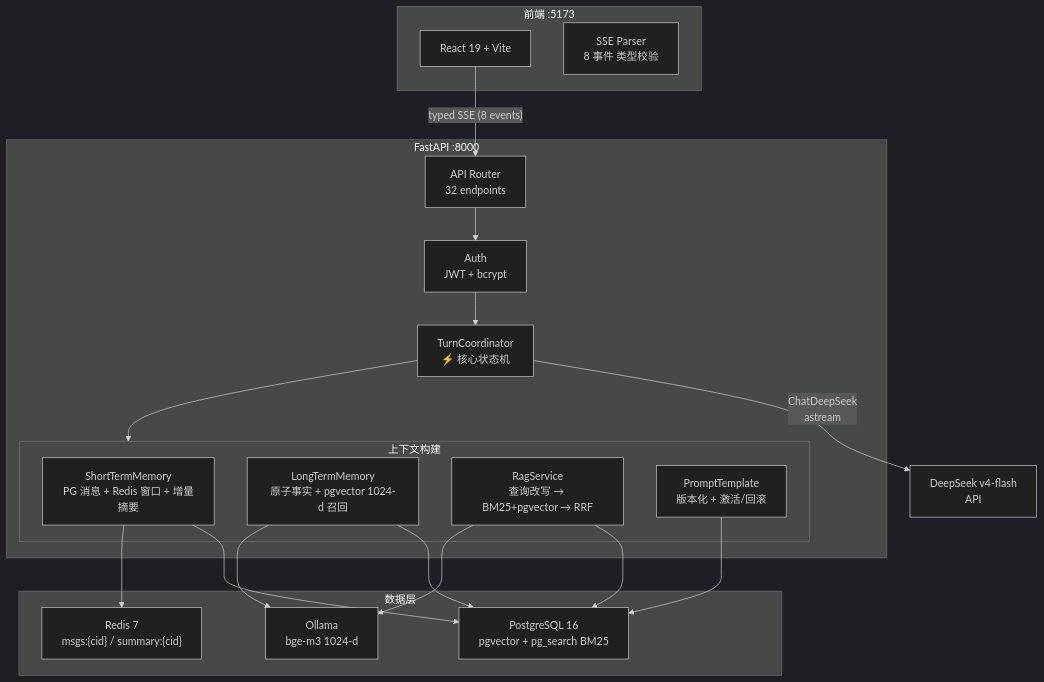
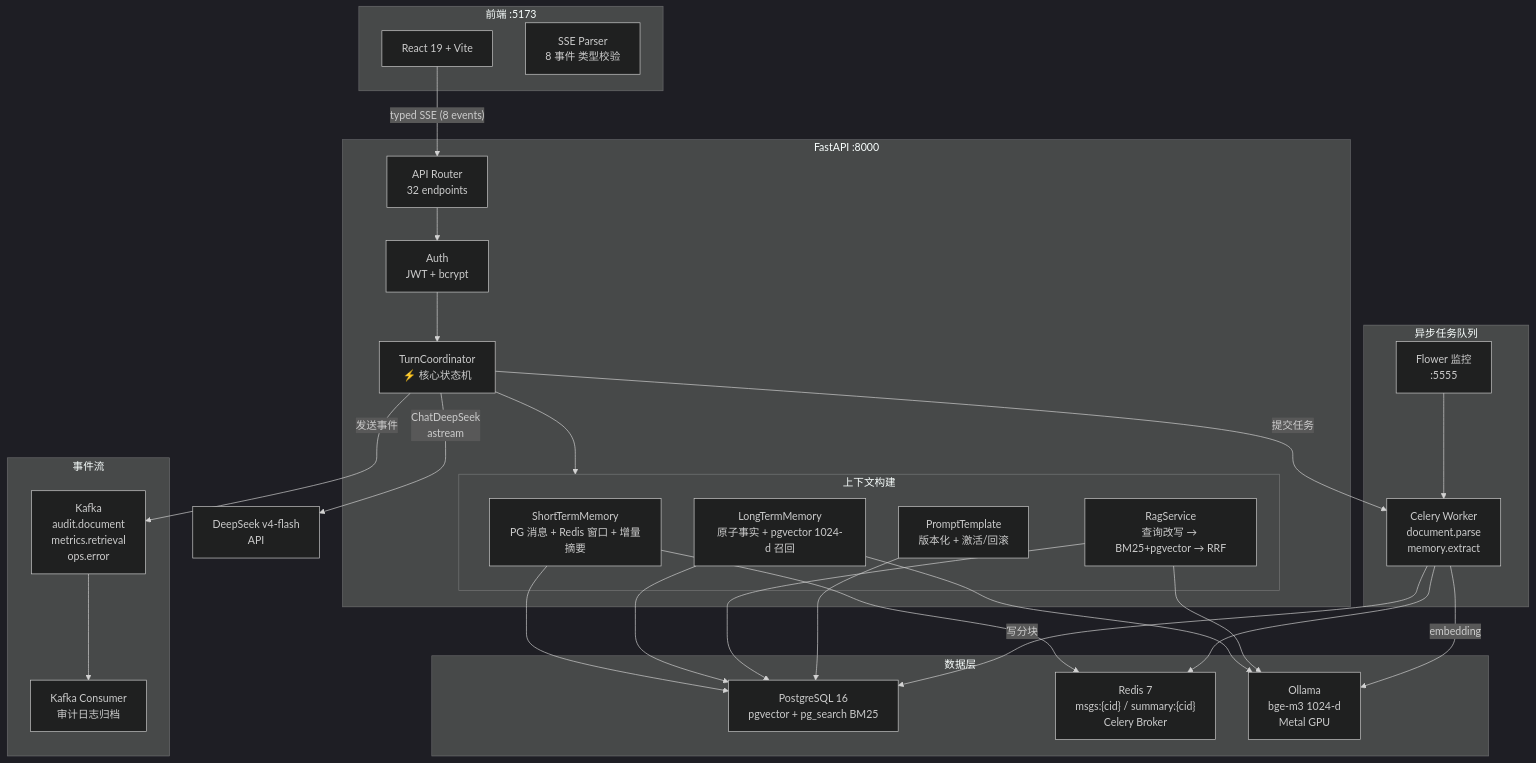
One commit to KevinDeng-0411/AI-CodeReviewCenter changed the diagram in README.zh-CN.md. Above: the diagram before and after it, drawn with Mermaid (dark theme). The commit also changed other lines of this file and 1 other file, not shown here.

Commit message:
docs: 更新 README 架构图和技术栈 — Celery/Kafka/Flower/Metal GPU

````diff
--- a/README.zh-CN.md
+++ b/README.zh-CN.md
@@ -118,39 +121,56 @@
 ```mermaid
 graph TB
     subgraph Frontend["前端 :5173"]
         React["React 19 + Vite"]
         SSE["SSE Parser<br/>8 事件 类型校验"]
     end
 
     subgraph Backend["FastAPI :8000"]
         Router["API Router<br/>32 endpoints"]
         Auth["Auth<br/>JWT + bcrypt"]
         TC["TurnCoordinator<br/>⚡ 核心状态机"]
 
         subgraph Context["上下文构建"]
             STM["ShortTermMemory<br/>PG 消息 + Redis 窗口 + 增量摘要"]
             LTM["LongTermMemory<br/>原子事实 + pgvector 1024-d 召回"]
             RAG["RagService<br/>查询改写 → BM25+pgvector → RRF"]
             PT["PromptTemplate<br/>版本化 + 激活/回滚"]
         end
     end
 
+    subgraph Tasks["异步任务队列"]
+        Celery["Celery Worker<br/>document.parse<br/>memory.extract"]
+        Flower["Flower 监控<br/>:5555"]
+    end
+
+    subgraph Events["事件流"]
+        Kafka["Kafka<br/>audit.document<br/>metrics.retrieval<br/>ops.error"]
+        Consumer["Kafka Consumer<br/>审计日志归档"]
+    end
+
     subgraph Data["数据层"]
         PG["PostgreSQL 16<br/>pgvector + pg_search BM25"]
-        Redis["Redis 7<br/>msgs:{cid} / summary:{cid}"]
-        Ollama["Ollama<br/>bge-m3 1024-d"]
+        Redis["Redis 7<br/>msgs:{cid} / summary:{cid}<br/>Celery Broker"]
+        Ollama["Ollama<br/>bge-m3 1024-d<br/>Metal GPU"]
     end
 
     React -->|"typed SSE (8 events)"| Router
     Router --> Auth
     Auth --> TC
     TC --> Context
     STM --> PG
     STM --> Redis
     LTM --> PG
     LTM --> Ollama
     RAG --> PG
     RAG --> Ollama
     PT --> PG
     TC -->|"ChatDeepSeek<br/>astream"| DS["DeepSeek v4-flash<br/>API"]
+    TC -->|"提交任务"| Celery
+    Celery --> Redis
+    Celery -->|"embedding"| Ollama
+    Celery -->|"写分块"| PG
+    Flower --> Celery
+    TC -->|"发送事件"| Kafka
+    Kafka --> Consumer
 ```
````
